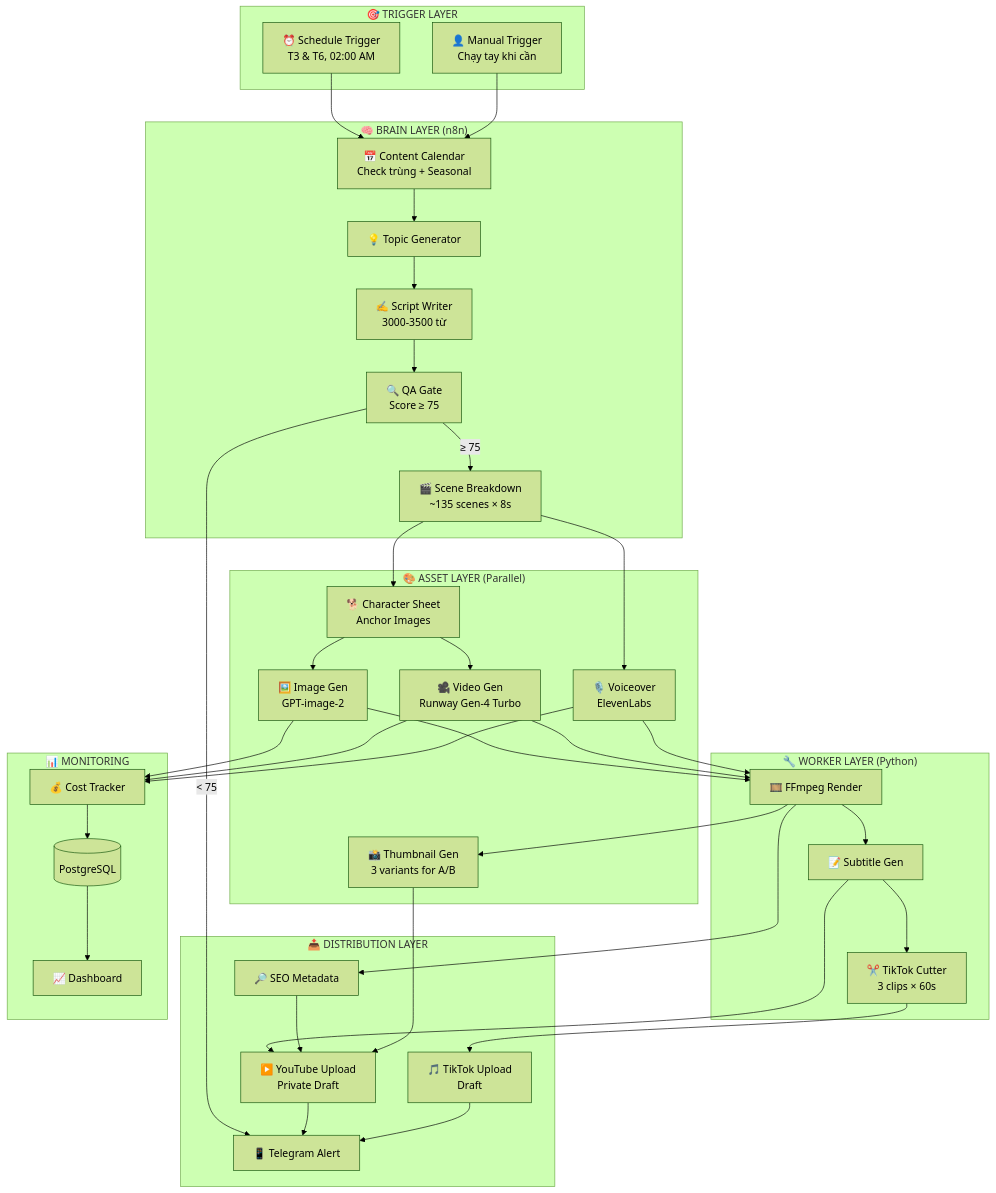
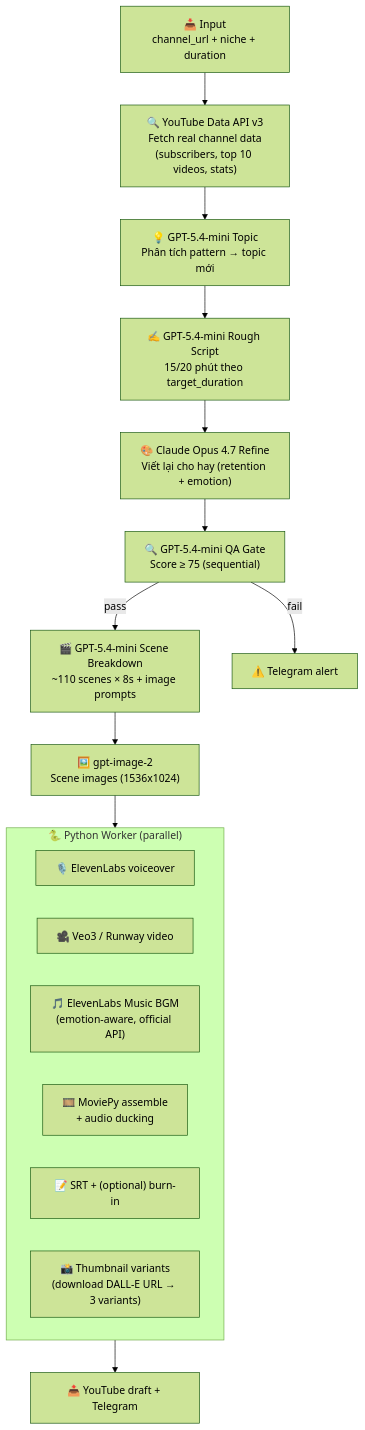
One commit to Nuraisme0604/Gen_video_Content_Automation_with_AI changed the diagram in Readme.md. Above: the diagram before and after it, drawn with Mermaid (forest theme). The commit also changed other lines of this file and 19 other files, not shown here.

Commit message:
feat: add deployment docs, elevenlabs music worker, and workflow updates

````diff
--- a/Readme.md
+++ b/Readme.md
@@ -13,64 +14,26 @@
 ```mermaid
 graph TB
-    subgraph "🎯 TRIGGER LAYER"
-        CRON["⏰ Schedule Trigger<br/>T3 & T6, 02:00 AM"]
-        MANUAL["👤 Manual Trigger<br/>Chạy tay khi cần"]
+    INPUT["📥 Input<br/>channel_url + niche + duration"]
+    YT_API["🔍 YouTube Data API v3<br/>Fetch real channel data<br/>(subscribers, top 10 videos, stats)"]
+    GPT_TOPIC["💡 GPT-5.4-mini Topic<br/>Phân tích pattern → topic mới"]
+    GPT_ROUGH["✍️ GPT-5.4-mini Rough Script<br/>15/20 phút theo target_duration"]
+    CLAUDE["🎨 Claude Opus 4.7 Refine<br/>Viết lại cho hay (retention + emotion)"]
+    QA["🔍 GPT-5.4-mini QA Gate<br/>Score ≥ 75 (sequential)"]
+    SCENES["🎬 GPT-5.4-mini Scene Breakdown<br/>~110 scenes × 8s + image prompts"]
+    DALLE["🖼️ gpt-image-2<br/>Scene images (1536x1024)"]
+
+    subgraph WORKER["🐍 Python Worker (parallel)"]
+        ELEVEN["🎙️ ElevenLabs voiceover"]
+        VEO["🎥 Veo3 / Runway video"]
+        MUSIC["🎵 ElevenLabs Music BGM<br/>(emotion-aware, official API)"]
+        ASSEMBLE["🎞️ MoviePy assemble<br/>+ audio ducking"]
+        SUBS["📝 SRT + (optional) burn-in"]
+        THUMB["📸 Thumbnail variants<br/>(download DALL-E URL → 3 variants)"]
     end
 
-    subgraph "🧠 BRAIN LAYER (n8n)"
-        CAL["📅 Content Calendar<br/>Check trùng + Seasonal"]
-        TOPIC["💡 Topic Generator"]
-        SCRIPT["✍️ Script Writer<br/>3000-3500 từ"]
-        QA["🔍 QA Gate<br/>Score ≥ 75"]
-        BREAK["🎬 Scene Breakdown<br/>~135 scenes × 8s"]
-    end
+    UPLOAD["📤 YouTube draft + Telegram"]
 
-    subgraph "🎨 ASSET LAYER (Parallel)"
-        CHAR["🐕 Character Sheet<br/>Anchor Images"]
-        IMG["🖼️ Image Gen<br/>GPT-image-2"]
-        VID["🎥 Video Gen<br/>Runway Gen-4 Turbo"]
-        VOICE["🎙️ Voiceover<br/>ElevenLabs"]
-        THUMB["📸 Thumbnail Gen<br/>3 variants for A/B"]
-    end
-
-    subgraph "🔧 WORKER LAYER (Python)"
-        RENDER["🎞️ FFmpeg Render"]
-        SUB["📝 Subtitle Gen"]
-        SHORT["✂️ TikTok Cutter<br/>3 clips × 60s"]
-    end
-
-    subgraph "📤 DISTRIBUTION LAYER"
-        YT["▶️ YouTube Upload<br/>Private Draft"]
-        TT["🎵 TikTok Upload<br/>Draft"]
-        SEO["🔎 SEO Metadata"]
-        NOTIFY["📱 Telegram Alert"]
-    end
-
-    subgraph "📊 MONITORING"
-        COST["💰 Cost Tracker"]
-        DASH["📈 Dashboard"]
-        DB[(PostgreSQL)]
-    end
-
-    CRON --> CAL
-    MANUAL --> CAL
-    CAL --> TOPIC --> SCRIPT --> QA
-    QA -->|"≥ 75"| BREAK
-    QA -->|"< 75"| NOTIFY
-    BREAK --> CHAR
-    CHAR --> IMG & VID
-    BREAK --> VOICE
-    IMG & VID & VOICE --> RENDER
-    RENDER --> SUB --> SHORT
-    RENDER --> THUMB
-    RENDER --> SEO
-    SUB --> YT
-    SHORT --> TT
-    SEO --> YT
-    THUMB --> YT
-    YT & TT --> NOTIFY
-    
-    IMG & VID & VOICE --> COST
-    COST --> DB
-    DB --> DASH
+    INPUT --> YT_API --> GPT_TOPIC --> GPT_ROUGH --> CLAUDE --> QA
+    QA -->|pass| SCENES --> DALLE --> WORKER --> UPLOAD
+    QA -->|fail| TELEGRAM_FAIL["⚠️ Telegram alert"]
 ```
````
